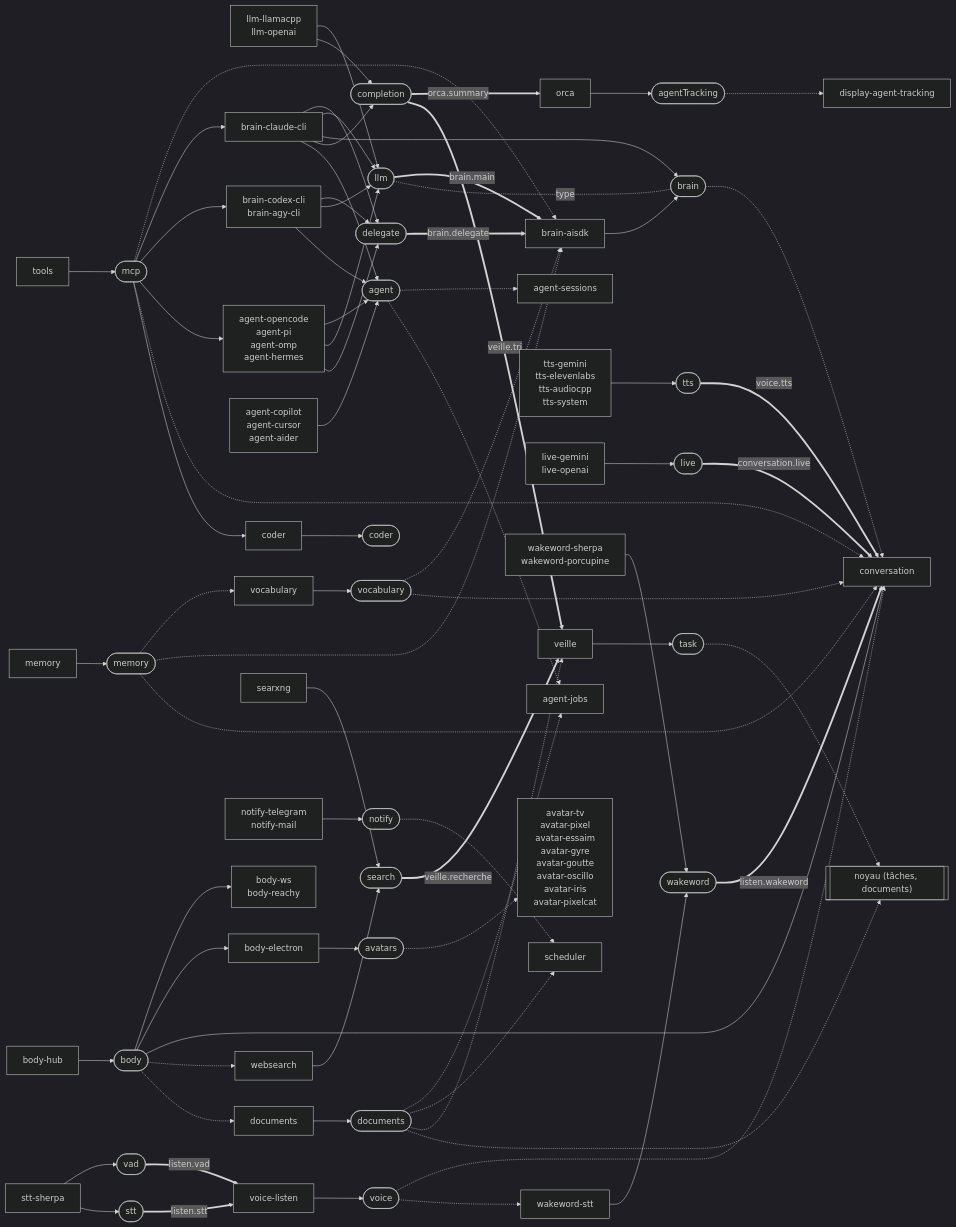
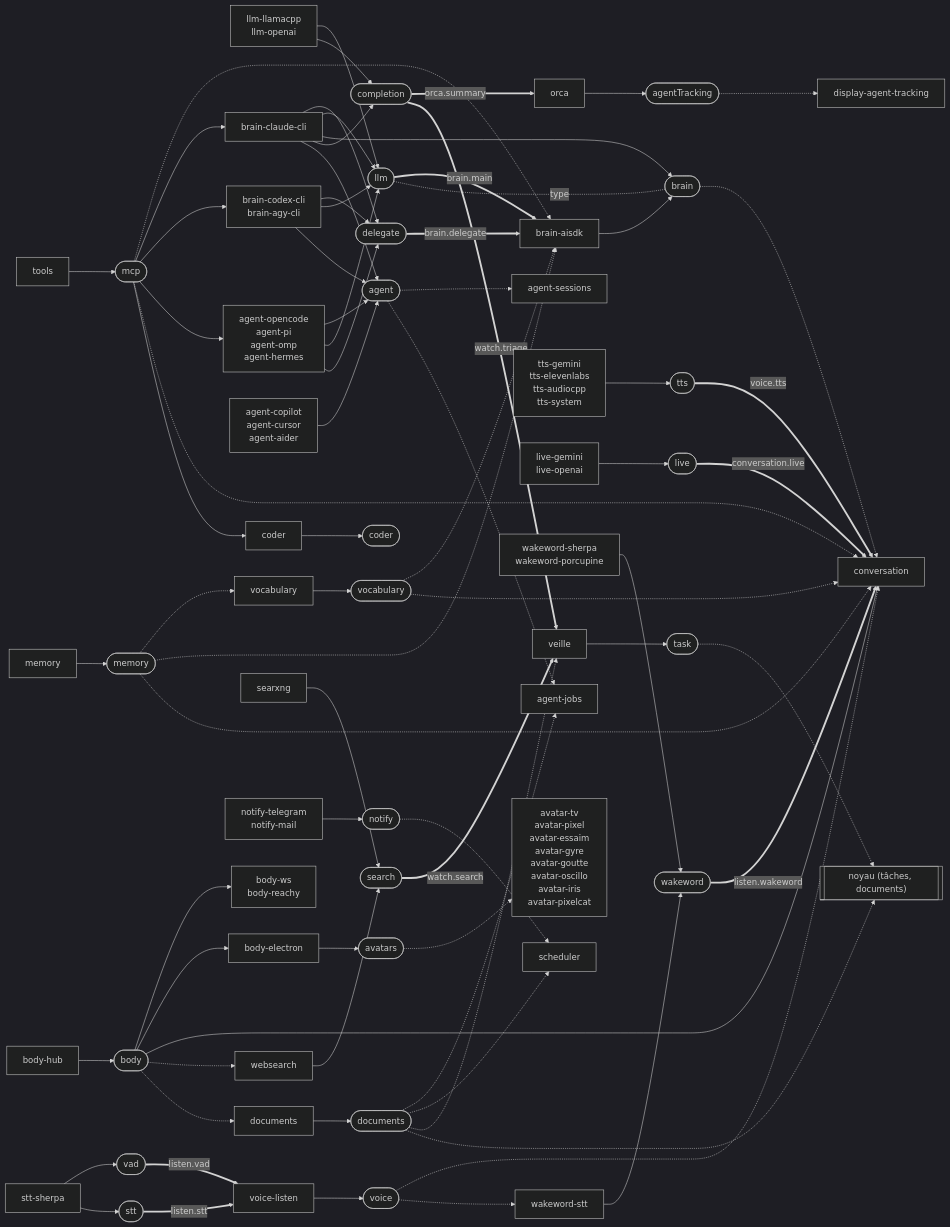
One commit to gleborgne/floppy changed the second of 6 diagrams in docs/spec/noyau.md. Above: the diagram before and after it, drawn with Mermaid (dark theme). The commit also changed other lines of this file and 162 other files, not shown here.

```diff
--- a/docs/spec/noyau.md
+++ b/docs/spec/noyau.md
@@ -175,8 +175,8 @@
   p_veille["veille"]
   p_veille --> s_task
   s_documents -.-> p_veille
-  s_completion == "veille.tri" ==> p_veille
-  s_search == "veille.recherche" ==> p_veille
+  s_completion == "watch.triage" ==> p_veille
+  s_search == "watch.search" ==> p_veille
   p_notify_telegram["notify-telegram<br/>notify-mail"]
   p_notify_telegram --> s_notify
   p_voice_listen["voice-listen"]
```
